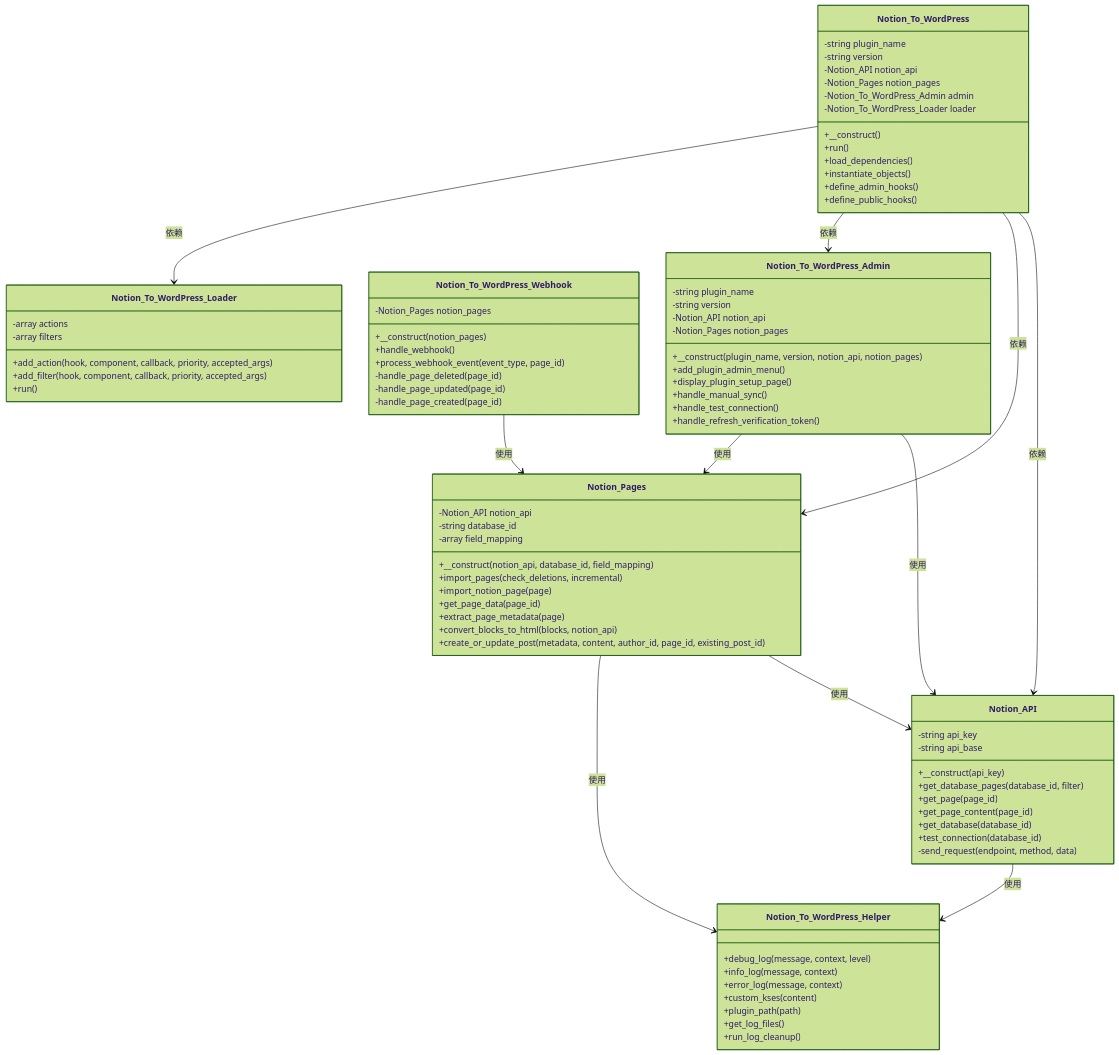
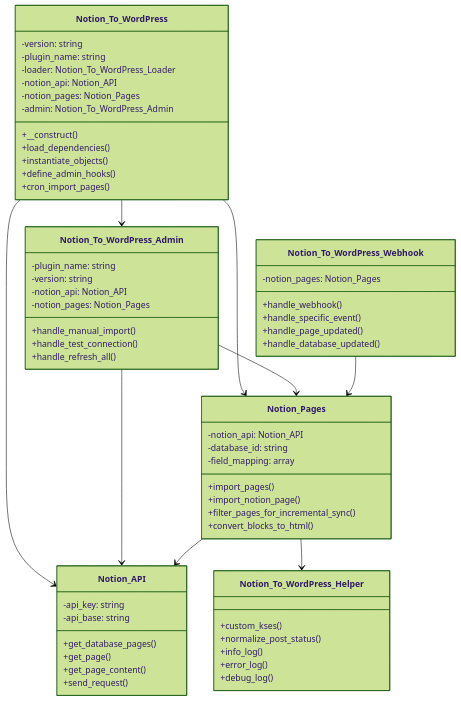
Before and after one commit to Frank-Loong/Notion-to-WordPress: the first of 4 diagrams in docs/DEVELOPER_GUIDE-zh_CN.md, drawn with Mermaid (forest theme). The commit also changed other lines of this file and 13 other files, not shown here.

````diff
--- a/docs/DEVELOPER_GUIDE-zh_CN.md
+++ b/docs/DEVELOPER_GUIDE-zh_CN.md
@@ -243,94 +117,70 @@
 ```mermaid
 classDiagram
     class Notion_To_WordPress {
-        -string plugin_name
-        -string version
-        -Notion_API notion_api
-        -Notion_Pages notion_pages
-        -Notion_To_WordPress_Admin admin
-        -Notion_To_WordPress_Loader loader
+        -version: string
+        -plugin_name: string
+        -loader: Notion_To_WordPress_Loader
+        -notion_api: Notion_API
+        -notion_pages: Notion_Pages
+        -admin: Notion_To_WordPress_Admin
         +__construct()
-        +run()
         +load_dependencies()
         +instantiate_objects()
         +define_admin_hooks()
-        +define_public_hooks()
+        +cron_import_pages()
     }
 
     class Notion_API {
-        -string api_key
-        -string api_base
-        +__construct(api_key)
-        +get_database_pages(database_id, filter)
-        +get_page(page_id)
-        +get_page_content(page_id)
-        +get_database(database_id)
-        +test_connection(database_id)
-        -send_request(endpoint, method, data)
+        -api_key: string
+        -api_base: string
+        +get_database_pages()
+        +get_page()
+        +get_page_content()
+        +send_request()
     }
 
     class Notion_Pages {
-        -Notion_API notion_api
-        -string database_id
-        -array field_mapping
-        +__construct(notion_api, database_id, field_mapping)
-        +import_pages(check_deletions, incremental)
-        +import_notion_page(page)
-        +get_page_data(page_id)
-        +extract_page_metadata(page)
-        +convert_blocks_to_html(blocks, notion_api)
-        +create_or_update_post(metadata, content, author_id, page_id, existing_post_id)
+        -notion_api: Notion_API
+        -database_id: string
+        -field_mapping: array
+        +import_pages()
+        +import_notion_page()
+        +filter_pages_for_incremental_sync()
+        +convert_blocks_to_html()
     }
 
     class Notion_To_WordPress_Admin {
-        -string plugin_name
-        -string version
-        -Notion_API notion_api
-        -Notion_Pages notion_pages
-        +__construct(plugin_name, version, notion_api, notion_pages)
-        +add_plugin_admin_menu()
-        +display_plugin_setup_page()
-        +handle_manual_sync()
+        -plugin_name: string
+        -version: string
+        -notion_api: Notion_API
+        -notion_pages: Notion_Pages
+        +handle_manual_import()
         +handle_test_connection()
-        +handle_refresh_verification_token()
+        +handle_refresh_all()
     }
 
     class Notion_To_WordPress_Webhook {
-        -Notion_Pages notion_pages
-        +__construct(notion_pages)
+        -notion_pages: Notion_Pages
         +handle_webhook()
-        +process_webhook_event(event_type, page_id)
-        -handle_page_deleted(page_id)
-        -handle_page_updated(page_id)
-        -handle_page_created(page_id)
+        +handle_specific_event()
+        +handle_page_updated()
+        +handle_database_updated()
     }
 
     class Notion_To_WordPress_Helper {
-        +debug_log(message, context, level)
-        +info_log(message, context)
-        +error_log(message, context)
-        +custom_kses(content)
-        +plugin_path(path)
-        +get_log_files()
-        +run_log_cleanup()
+        +custom_kses()
+        +normalize_post_status()
+        +info_log()
+        +error_log()
+        +debug_log()
     }
 
-    class Notion_To_WordPress_Loader {
-        -array actions
-        -array filters
-        +add_action(hook, component, callback, priority, accepted_args)
-        +add_filter(hook, component, callback, priority, accepted_args)
-        +run()
-    }
-
-    Notion_To_WordPress --> Notion_API : 依赖
-    Notion_To_WordPress --> Notion_Pages : 依赖
-    Notion_To_WordPress --> Notion_To_WordPress_Admin : 依赖
-    Notion_To_WordPress --> Notion_To_WordPress_Loader : 依赖
-    Notion_Pages --> Notion_API : 使用
-    Notion_To_WordPress_Admin --> Notion_API : 使用
-    Notion_To_WordPress_Admin --> Notion_Pages : 使用
-    Notion_To_WordPress_Webhook --> Notion_Pages : 使用
-    Notion_Pages --> Notion_To_WordPress_Helper : 使用
-    Notion_API --> Notion_To_WordPress_Helper : 使用
+    Notion_To_WordPress --> Notion_API
+    Notion_To_WordPress --> Notion_Pages
+    Notion_To_WordPress --> Notion_To_WordPress_Admin
+    Notion_To_WordPress_Admin --> Notion_API
+    Notion_To_WordPress_Admin --> Notion_Pages
+    Notion_Pages --> Notion_API
+    Notion_To_WordPress_Webhook --> Notion_Pages
+    Notion_Pages --> Notion_To_WordPress_Helper
 ```
````
